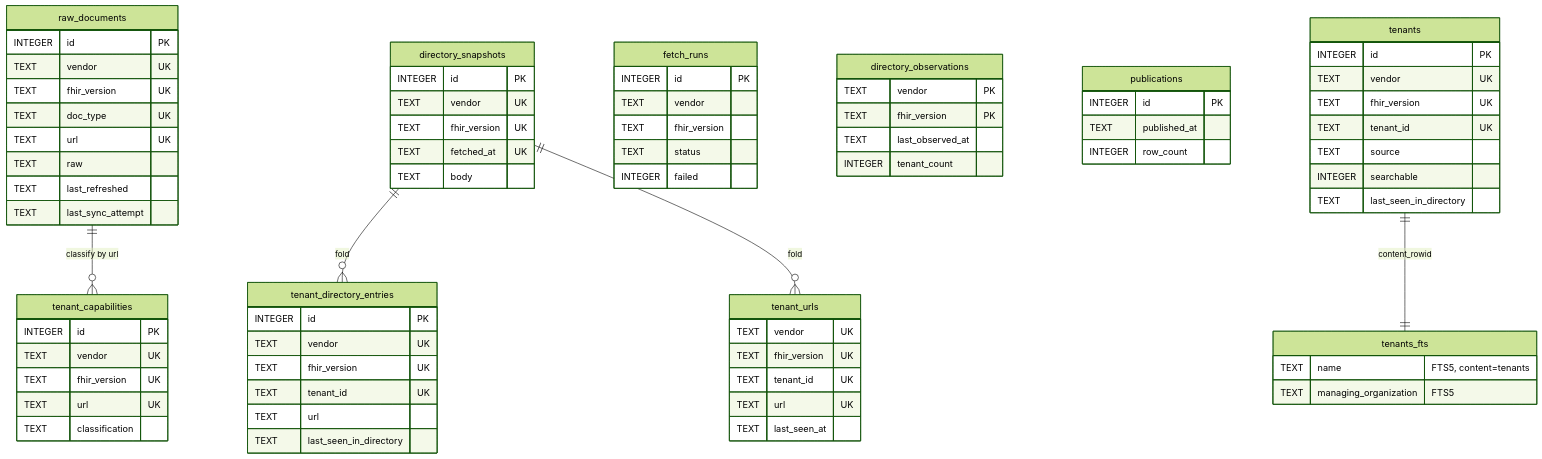
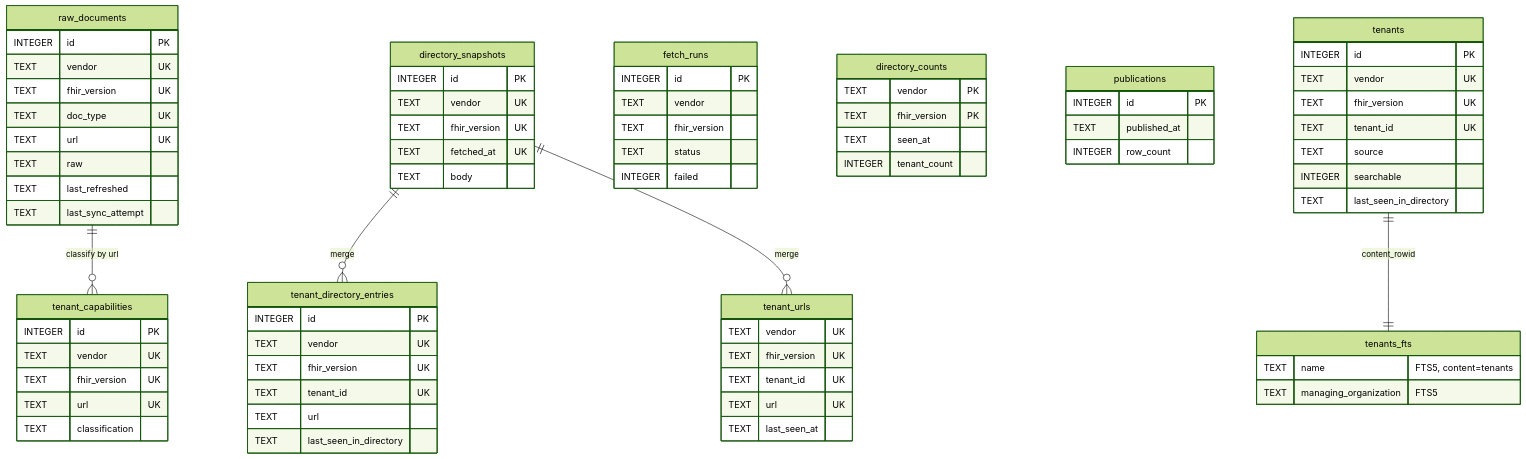
Before and after one commit to cfu288/mere-medical: the first of 2 diagrams in libs/emr-pipeline/README.md, drawn with Mermaid (forest theme). The commit also changed other lines of this file and 8 other files, not shown here.

````diff
--- a/libs/emr-pipeline/README.md
+++ b/libs/emr-pipeline/README.md
@@ -99,78 +99,78 @@
 ```mermaid
 erDiagram
   raw_documents {
     INTEGER id PK
     TEXT vendor UK
     TEXT fhir_version UK
     TEXT doc_type UK
     TEXT url UK
     TEXT raw
     TEXT last_refreshed
     TEXT last_sync_attempt
   }
   directory_snapshots {
     INTEGER id PK
     TEXT vendor UK
     TEXT fhir_version UK
     TEXT fetched_at UK
     TEXT body
   }
   fetch_runs {
     INTEGER id PK
     TEXT vendor
     TEXT fhir_version
     TEXT status
     INTEGER failed
   }
-  directory_observations {
+  directory_counts {
     TEXT vendor PK
     TEXT fhir_version PK
-    TEXT last_observed_at
+    TEXT seen_at
     INTEGER tenant_count
   }
   publications {
     INTEGER id PK
     TEXT published_at
     INTEGER row_count
   }
   tenant_directory_entries {
     INTEGER id PK
     TEXT vendor UK
     TEXT fhir_version UK
     TEXT tenant_id UK
     TEXT url
     TEXT last_seen_in_directory
   }
   tenant_urls {
     TEXT vendor UK
     TEXT fhir_version UK
     TEXT tenant_id UK
     TEXT url UK
     TEXT last_seen_at
   }
   tenant_capabilities {
     INTEGER id PK
     TEXT vendor UK
     TEXT fhir_version UK
     TEXT url UK
     TEXT classification
   }
   tenants {
     INTEGER id PK
     TEXT vendor UK
     TEXT fhir_version UK
     TEXT tenant_id UK
     TEXT source
     INTEGER searchable
     TEXT last_seen_in_directory
   }
   tenants_fts {
     TEXT name "FTS5, content=tenants"
     TEXT managing_organization "FTS5"
   }
 
-  directory_snapshots ||--o{ tenant_directory_entries : "fold"
-  directory_snapshots ||--o{ tenant_urls : "fold"
+  directory_snapshots ||--o{ tenant_directory_entries : "merge"
+  directory_snapshots ||--o{ tenant_urls : "merge"
   raw_documents ||--o{ tenant_capabilities : "classify by url"
   tenants ||--|| tenants_fts : content_rowid
 ```
````
